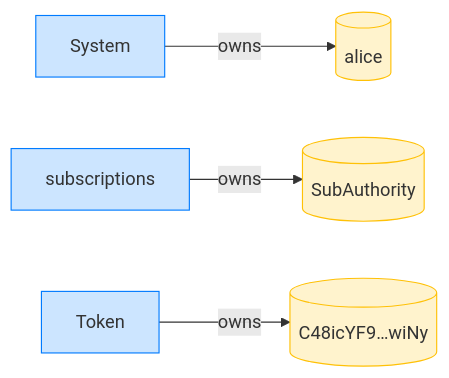
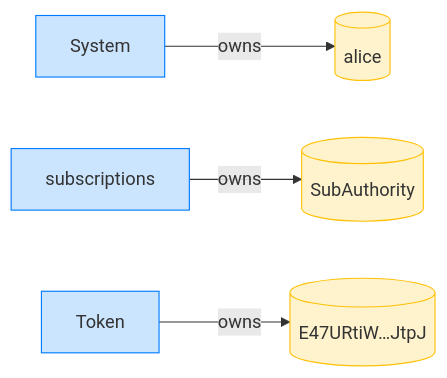
Before and after one commit to cds-rs/subscriptions: the fourth of 12 diagrams in dsl_tests/revoke-works-after-close.md, drawn with Mermaid. The commit also changed other lines of this file and 224 other files, not shown here.

````diff
--- a/dsl_tests/revoke-works-after-close.md
+++ b/dsl_tests/revoke-works-after-close.md
@@ -73,14 +78,14 @@
 ```mermaid
 flowchart LR
     classDef owner fill:#cce5ff,stroke:#007bff;
     classDef account fill:#fff3cd,stroke:#ffc107;
     System[System]:::owner
     alice[(alice)]:::account
     subscriptions[subscriptions]:::owner
     SubAuthority[(SubAuthority)]:::account
     Token[Token]:::owner
-    C48icYF9_wiNy[("C48icYF9…wiNy")]:::account
+    E47URtiW_JtpJ[("E47URtiW…JtpJ")]:::account
     System -->|owns| alice
     subscriptions -->|owns| SubAuthority
-    Token -->|owns| C48icYF9_wiNy
+    Token -->|owns| E47URtiW_JtpJ
 ```
````
